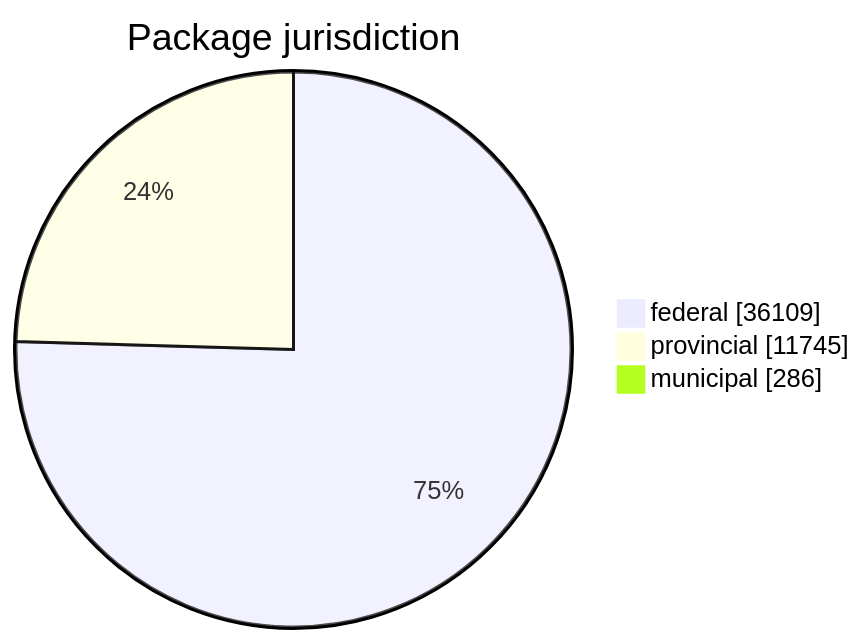
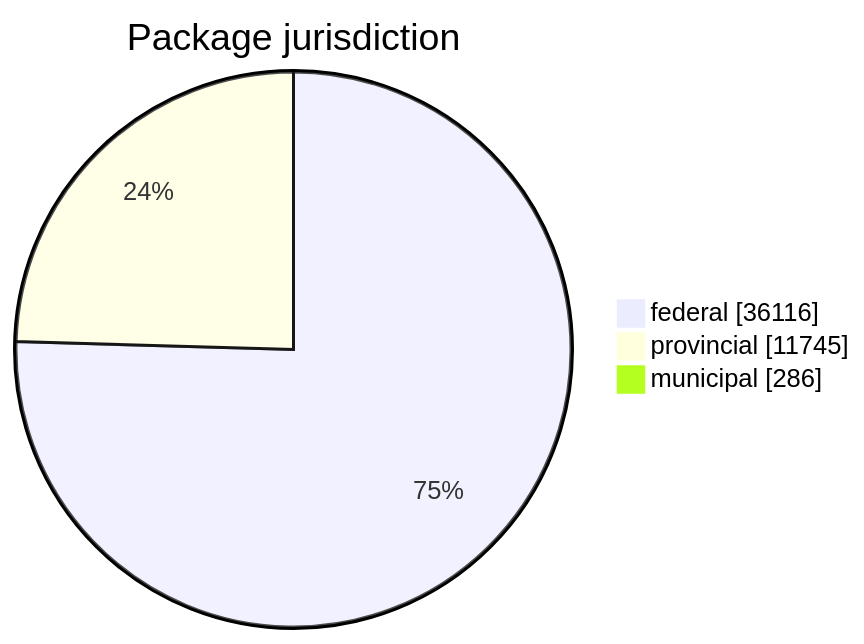
One commit to open-data/analytics-corporate-reporting changed the first of 5 diagrams in FreshCheck/README.md. Above: the diagram before and after it, drawn with Mermaid. The commit also changed other lines of this file and 3 other files, not shown here.

````diff
--- a/FreshCheck/README.md
+++ b/FreshCheck/README.md
@@ -60,6 +60,6 @@
 ```mermaid
 pie showData title Package jurisdiction
-    "federal": 36109
+    "federal": 36116
     "provincial": 11745
     "municipal": 286
 ```
````
